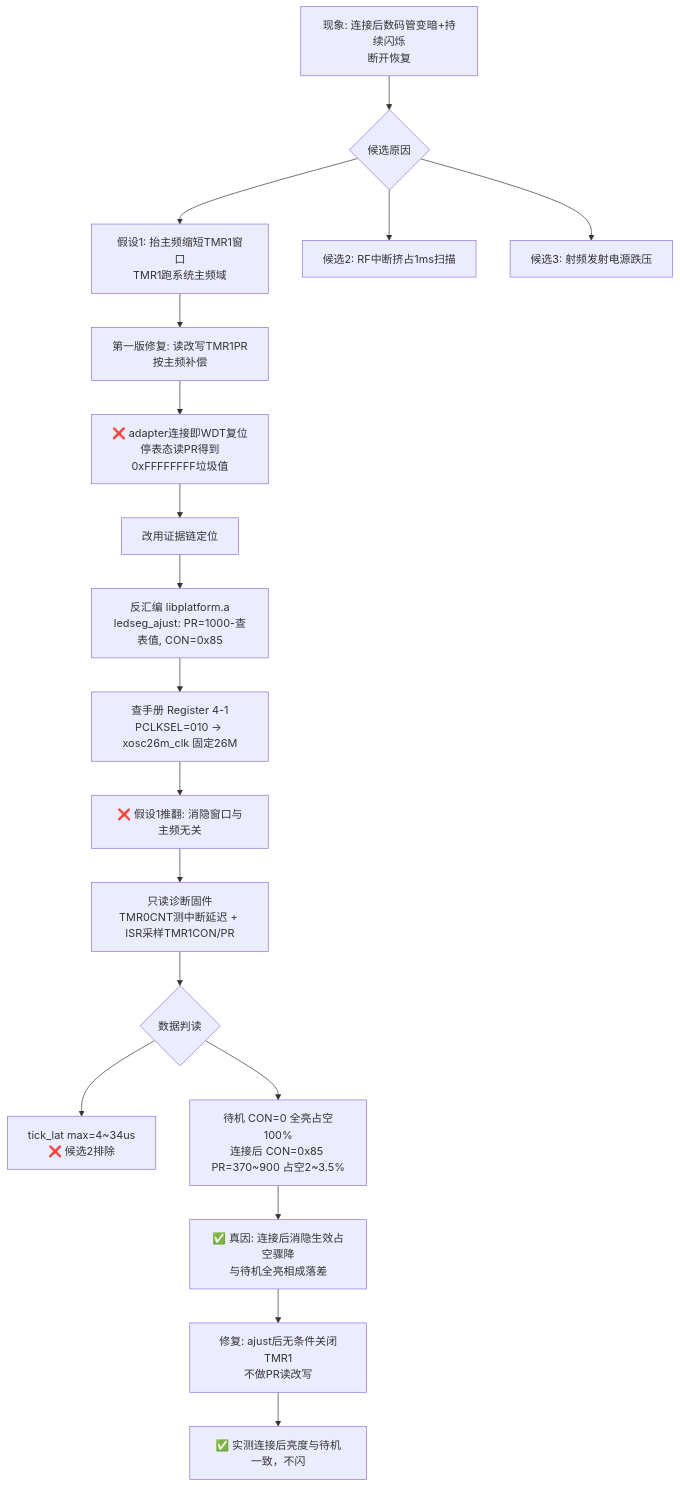
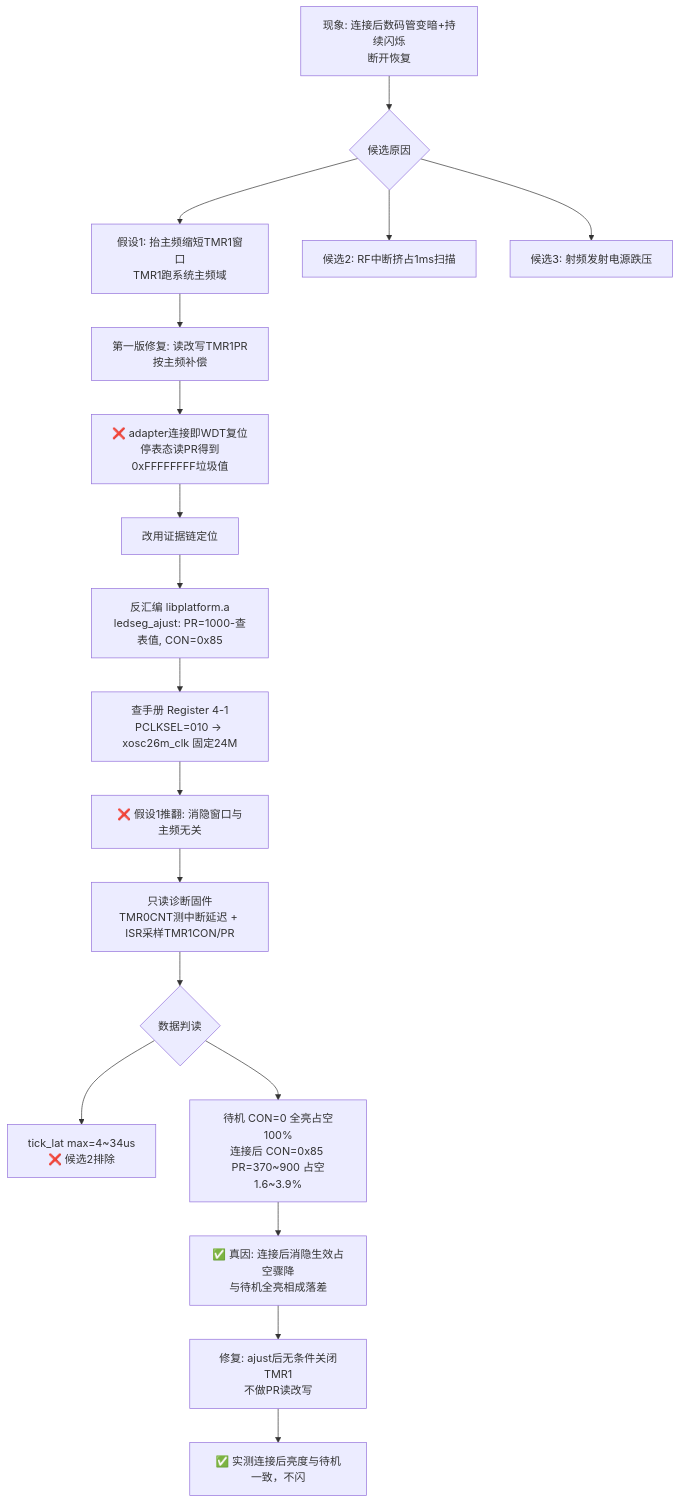
Before and after one commit to zglstudylinux/Client_PROJ_AB5712F_LE_MIC2_ZXD_K16B_S9938_20260911: the first of 2 diagrams in docs/client_problem/ledseg-dim-flicker-after-wireless-connect.md, drawn with Mermaid. The commit also changed other lines of this file and 2 other files, not shown here.

First line of the commit message:
docs(ledseg): add 2402 display FAQ; correct xosc26m to actual 24M crystal

````diff
--- a/docs/client_problem/ledseg-dim-flicker-after-wireless-connect.md
+++ b/docs/client_problem/ledseg-dim-flicker-after-wireless-connect.md
@@ -342,20 +342,20 @@
 ```mermaid
 flowchart TD
     A[现象: 连接后数码管变暗+持续闪烁<br/>断开恢复] --> B{候选原因}
     B --> C1[假设1: 抬主频缩短TMR1窗口<br/>TMR1跑系统主频域]
     B --> C2[候选2: RF中断挤占1ms扫描]
     B --> C3[候选3: 射频发射电源跌压]
     C1 --> D1[第一版修复: 读改写TMR1PR按主频补偿]
     D1 --> E1[❌ adapter连接即WDT复位<br/>停表态读PR得到0xFFFFFFFF垃圾值]
     E1 --> F[改用证据链定位]
     F --> G[反汇编 libplatform.a<br/>ledseg_ajust: PR=1000-查表值, CON=0x85]
-    G --> H[查手册 Register 4-1<br/>PCLKSEL=010 → xosc26m_clk 固定26M]
+    G --> H[查手册 Register 4-1<br/>PCLKSEL=010 → xosc26m_clk 固定24M]
     H --> I[❌ 假设1推翻: 消隐窗口与主频无关]
     I --> J[只读诊断固件<br/>TMR0CNT测中断延迟 + ISR采样TMR1CON/PR]
     J --> K{数据判读}
     K --> L[tick_lat max=4~34us<br/>❌ 候选2排除]
-    K --> M[待机 CON=0 全亮占空100%<br/>连接后 CON=0x85 PR=370~900 占空2~3.5%]
+    K --> M[待机 CON=0 全亮占空100%<br/>连接后 CON=0x85 PR=370~900 占空1.6~3.9%]
     M --> N[✅ 真因: 连接后消隐生效占空骤降<br/>与待机全亮相成落差]
     N --> O[修复: ajust后无条件关闭TMR1<br/>不做PR读改写]
     O --> P[✅ 实测连接后亮度与待机一致，不闪]
 ```
````
